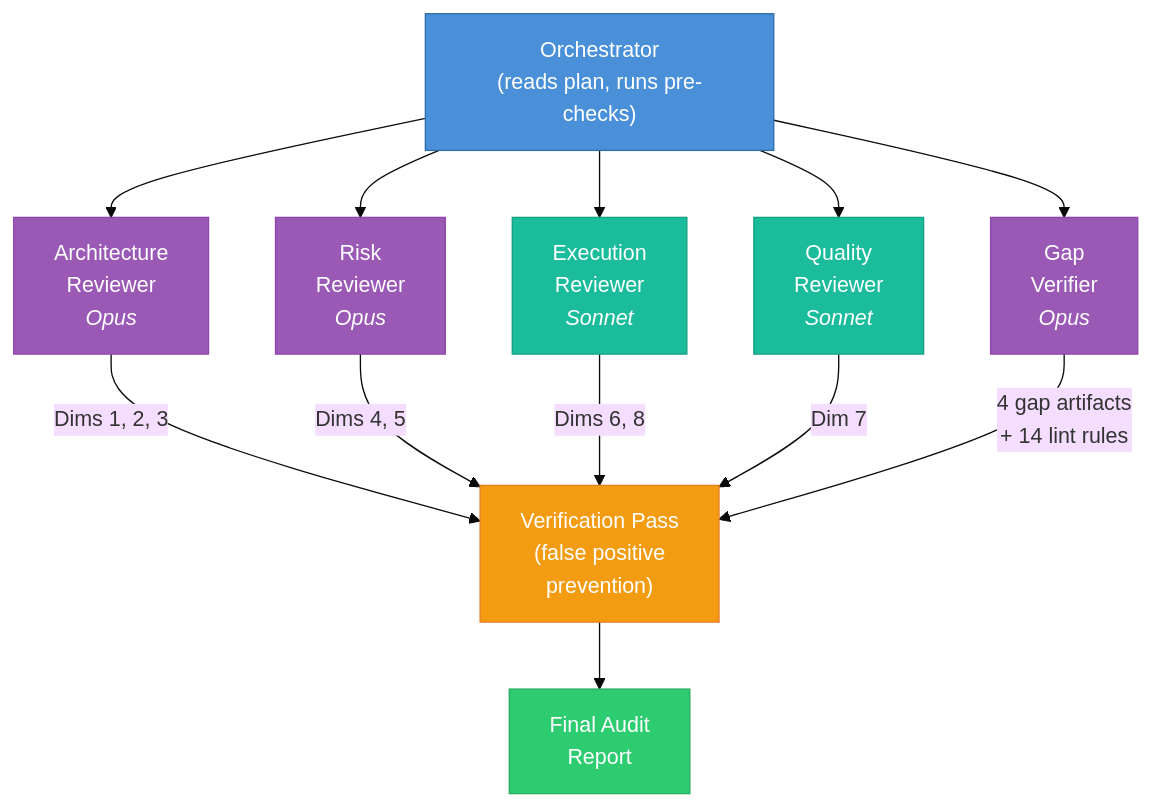
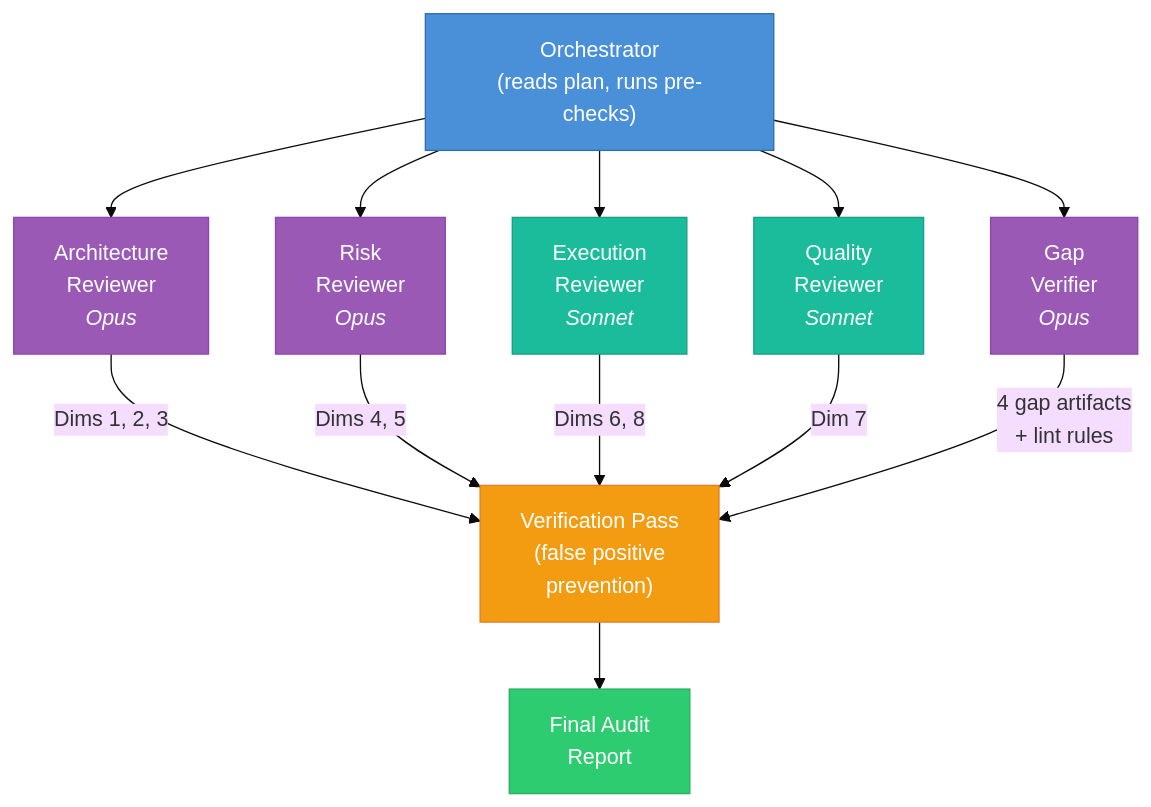
Before and after one commit to krwhynot/deepgrade: the ninth of 13 diagrams in METHODOLOGY.md, drawn with Mermaid (base theme). The commit also changed other lines of this file and 12 other files, not shown here.

````diff
--- a/METHODOLOGY.md
+++ b/METHODOLOGY.md
@@ -1162,25 +1169,25 @@
 ```mermaid
 graph TD
     ORCH["Orchestrator<br/>(reads plan, runs pre-checks)"] --> A1["Architecture<br/>Reviewer<br/><i>Opus</i>"]
     ORCH --> A2["Risk<br/>Reviewer<br/><i>Opus</i>"]
     ORCH --> A3["Execution<br/>Reviewer<br/><i>Sonnet</i>"]
     ORCH --> A4["Quality<br/>Reviewer<br/><i>Sonnet</i>"]
     ORCH --> A5["Gap<br/>Verifier<br/><i>Opus</i>"]
 
     A1 -->|"Dims 1, 2, 3"| VERIFY["Verification Pass<br/>(false positive<br/>prevention)"]
     A2 -->|"Dims 4, 5"| VERIFY
     A3 -->|"Dims 6, 8"| VERIFY
     A4 -->|"Dim 7"| VERIFY
-    A5 -->|"4 gap artifacts<br/>+ 14 lint rules"| VERIFY
+    A5 -->|"4 gap artifacts<br/>+ lint rules"| VERIFY
 
     VERIFY --> REPORT["Final Audit<br/>Report"]
 
     style ORCH fill:#4A90D9,stroke:#2C6FAC,color:#fff
     style A1 fill:#9B59B6,stroke:#8E44AD,color:#fff
     style A2 fill:#9B59B6,stroke:#8E44AD,color:#fff
     style A3 fill:#1ABC9C,stroke:#16A085,color:#fff
     style A4 fill:#1ABC9C,stroke:#16A085,color:#fff
     style A5 fill:#9B59B6,stroke:#8E44AD,color:#fff
     style VERIFY fill:#F39C12,stroke:#E67E22,color:#fff
     style REPORT fill:#2ECC71,stroke:#27AE60,color:#fff
 ```
````
